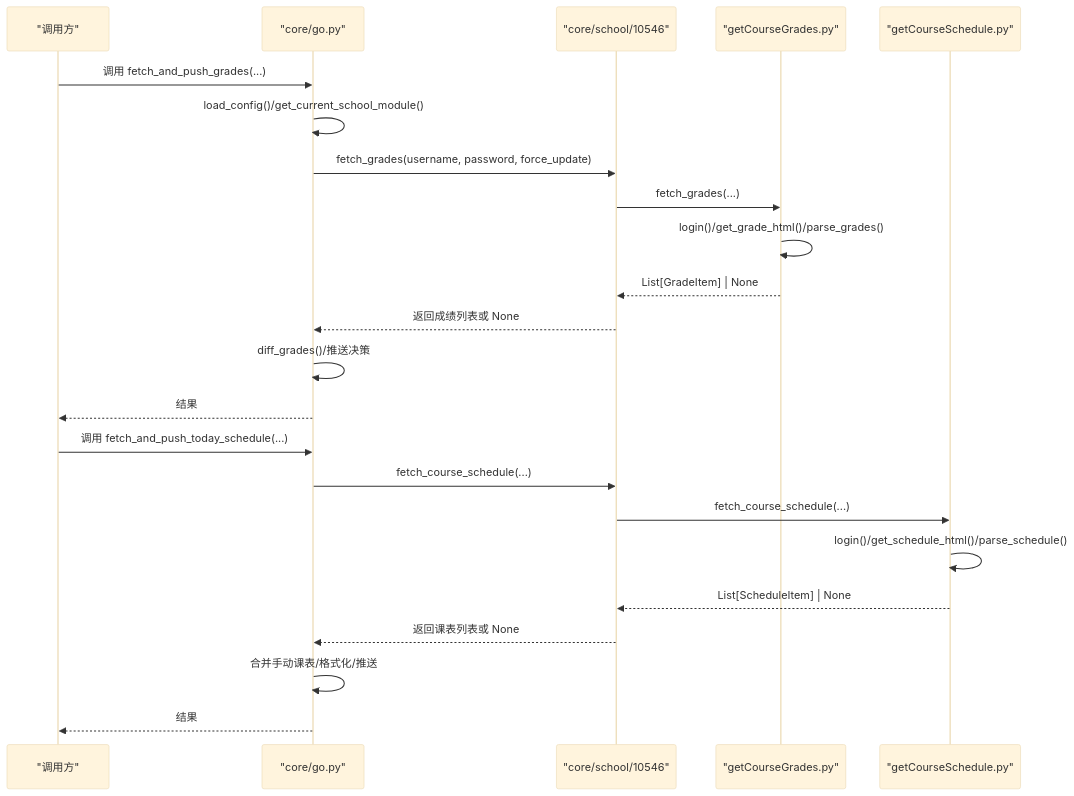
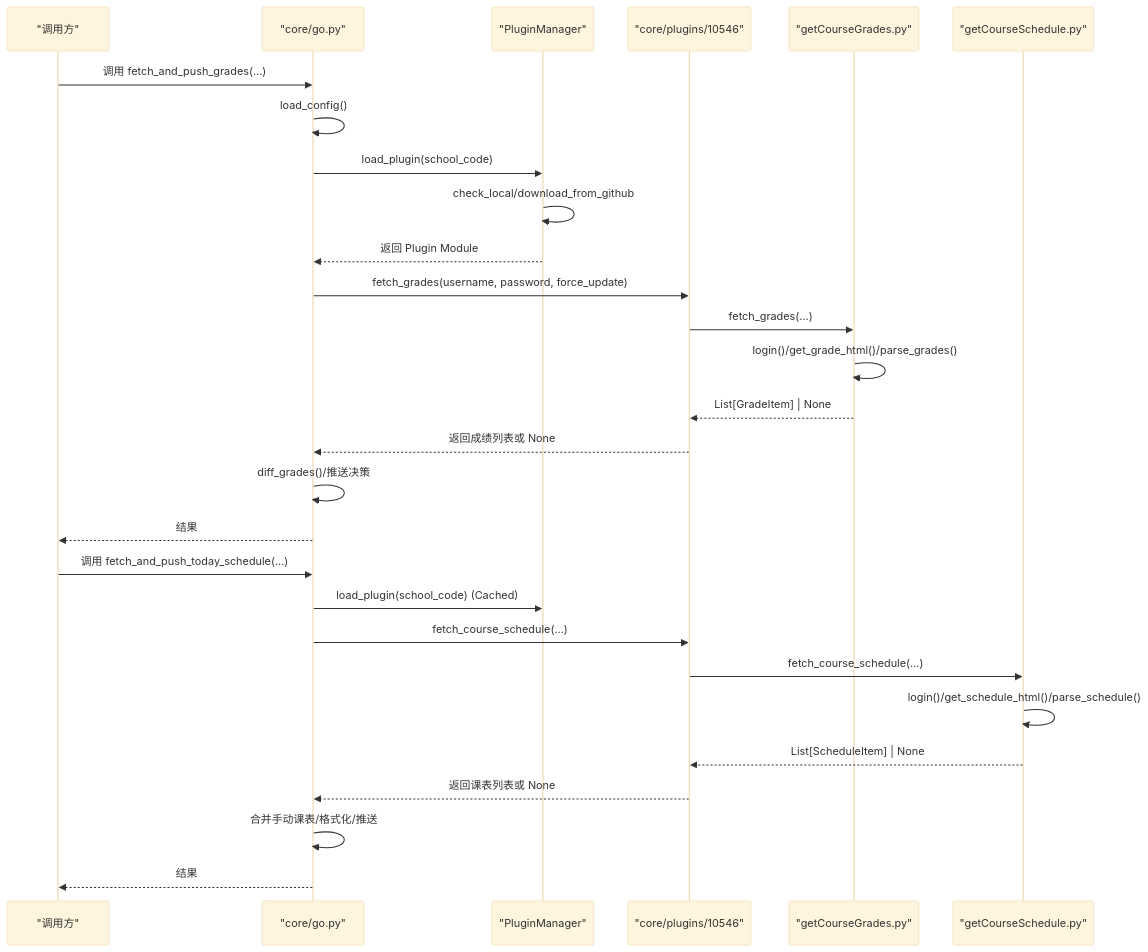
The second of 4 diagrams in .wiki/zh/content/API 参考文档/院校模块 API/接口规范.md (pjnt9372/Capture_Push), drawn with Mermaid (base theme) before and after one commit. The commit also changed other lines of this file and 37 other files, not shown here.

````diff
--- a/.wiki/zh/content/API 参考文档/院校模块 API/接口规范.md
+++ b/.wiki/zh/content/API 参考文档/院校模块 API/接口规范.md
@@ -91,25 +67,32 @@
 ```mermaid
 sequenceDiagram
 participant Caller as "调用方"
 participant Go as "core/go.py"
-participant School as "core/school/10546"
+participant PM as "PluginManager"
+participant Plugin as "core/plugins/10546"
 participant Grades as "getCourseGrades.py"
 participant Schedule as "getCourseSchedule.py"
+
 Caller->>Go : 调用 fetch_and_push_grades(...)
-Go->>Go : load_config()/get_current_school_module()
-Go->>School : fetch_grades(username, password, force_update)
-School->>Grades : fetch_grades(...)
+Go->>Go : load_config()
+Go->>PM : load_plugin(school_code)
+PM->>PM : check_local/download_from_github
+PM-->>Go : 返回 Plugin Module
+Go->>Plugin : fetch_grades(username, password, force_update)
+Plugin->>Grades : fetch_grades(...)
 Grades->>Grades : login()/get_grade_html()/parse_grades()
-Grades-->>School : List[GradeItem] | None
-School-->>Go : 返回成绩列表或 None
+Grades-->>Plugin : List[GradeItem] | None
+Plugin-->>Go : 返回成绩列表或 None
 Go->>Go : diff_grades()/推送决策
 Go-->>Caller : 结果
+
 Caller->>Go : 调用 fetch_and_push_today_schedule(...)
-Go->>School : fetch_course_schedule(...)
-School->>Schedule : fetch_course_schedule(...)
+Go->>PM : load_plugin(school_code) (Cached)
+Go->>Plugin : fetch_course_schedule(...)
+Plugin->>Schedule : fetch_course_schedule(...)
 Schedule->>Schedule : login()/get_schedule_html()/parse_schedule()
-Schedule-->>School : List[ScheduleItem] | None
-School-->>Go : 返回课表列表或 None
+Schedule-->>Plugin : List[ScheduleItem] | None
+Plugin-->>Go : 返回课表列表或 None
 Go->>Go : 合并手动课表/格式化/推送
 Go-->>Caller : 结果
 ```
````
